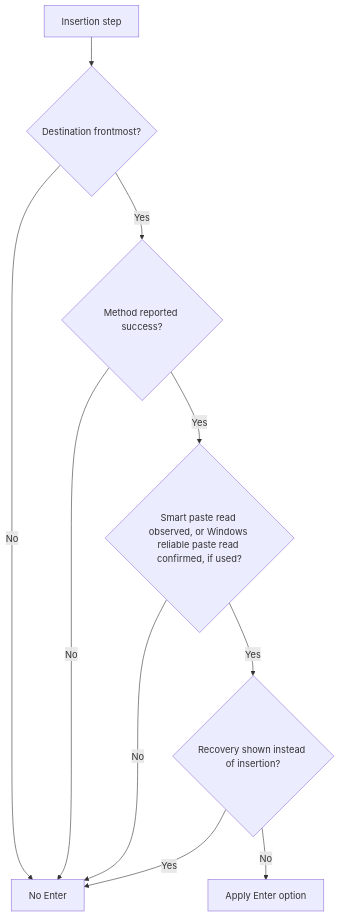
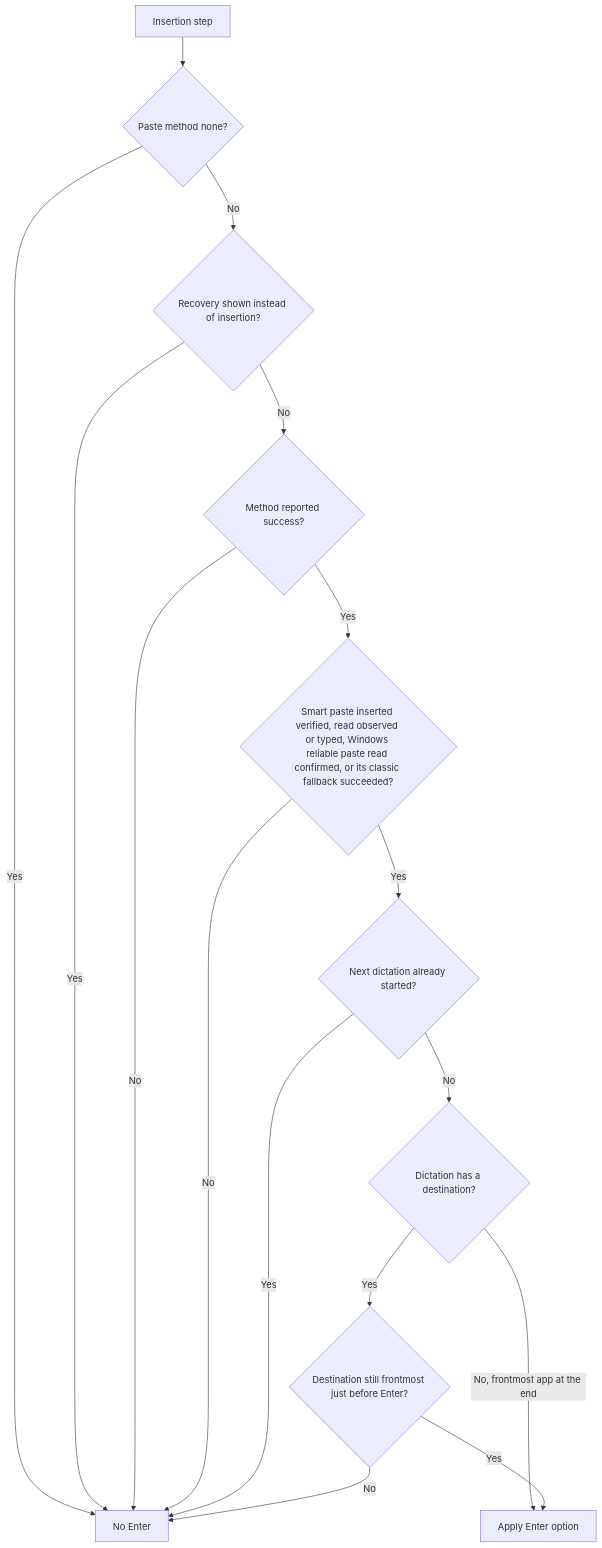
The fourth of 5 diagrams in .specs/features/009-pin-mode-and-enter-rule/spec.md (julien-m/handy), drawn with Mermaid before and after one commit. The commit also changed other lines of this file and 2 other files, not shown here.

First line of the commit message:
docs: apply the round-5 review to the 009 spec and plan

````diff
--- a/.specs/features/009-pin-mode-and-enter-rule/spec.md
+++ b/.specs/features/009-pin-mode-and-enter-rule/spec.md
@@ -176,12 +180,18 @@
 ```mermaid
 flowchart TD
-  A[Insertion step] --> B{Destination frontmost?}
-  B -- No --> X[No Enter]
-  B -- Yes --> C{Method reported success?}
+  A[Insertion step] --> M{Paste method none?}
+  M -- Yes --> X[No Enter]
+  M -- No --> E{Recovery shown instead of insertion?}
+  E -- Yes --> X
+  E -- No --> C{Method reported success?}
   C -- No --> X
-  C -- Yes --> D{Smart paste read observed, or Windows reliable paste read confirmed, if used?}
+  C -- Yes --> D{Smart paste inserted verified, read observed or typed, Windows reliable paste read confirmed, or its classic fallback succeeded?}
   D -- No --> X
-  D -- Yes --> E{Recovery shown instead of insertion?}
-  E -- Yes --> X
-  E -- No --> F[Apply Enter option]
+  D -- Yes --> N{Next dictation already started?}
+  N -- Yes --> X
+  N -- No --> B{Dictation has a destination?}
+  B -- No, frontmost app at the end --> F[Apply Enter option]
+  B -- Yes --> G{Destination still frontmost just before Enter?}
+  G -- No --> X
+  G -- Yes --> F
 ```
````
